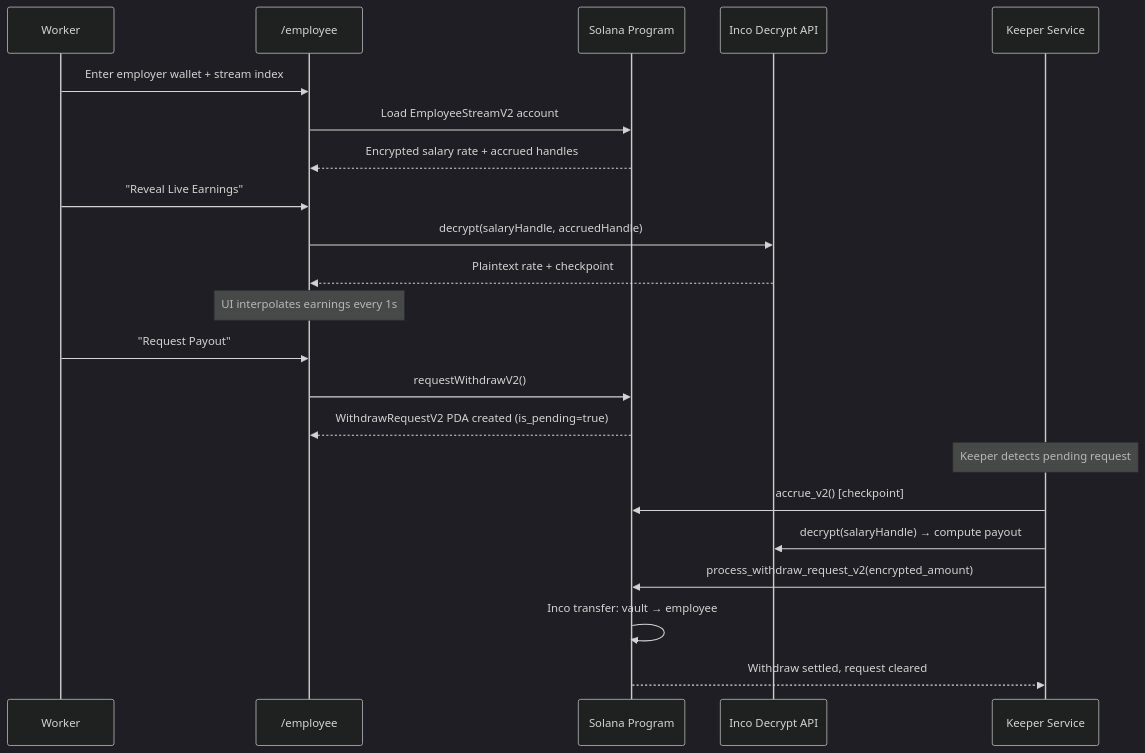
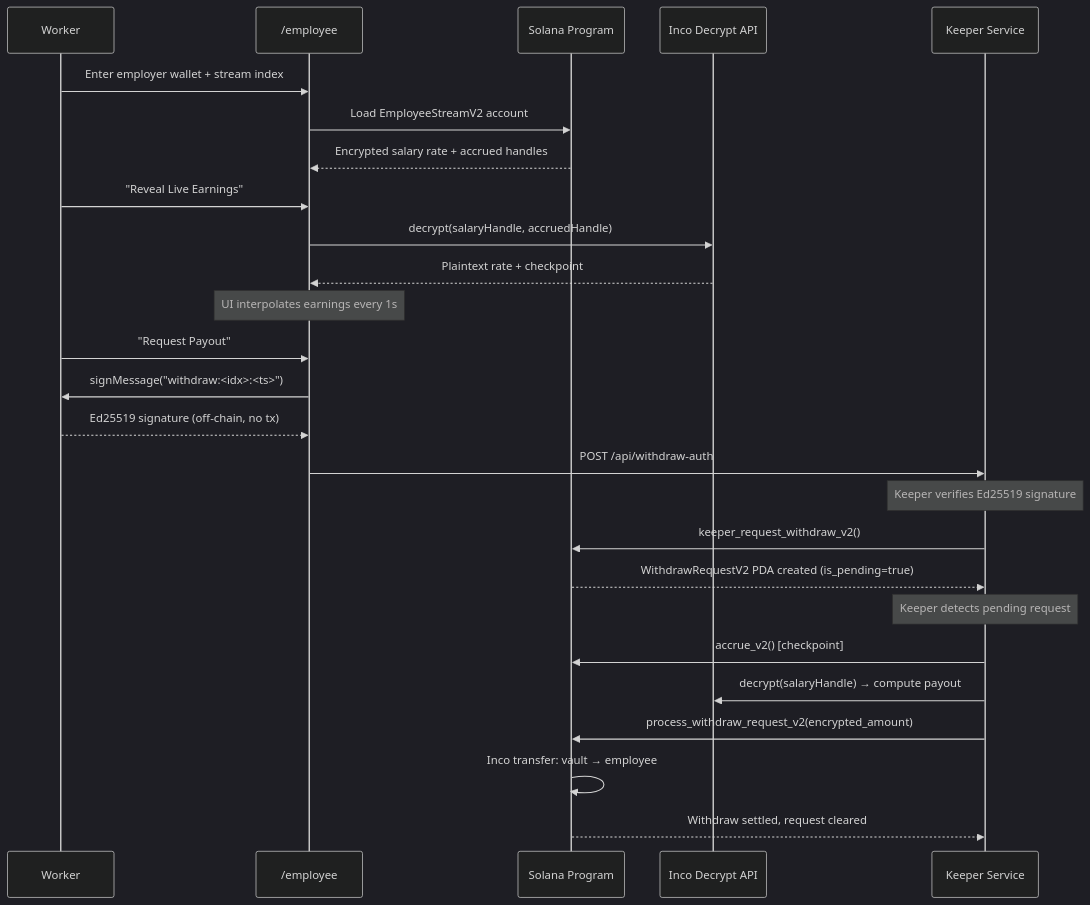
The third of 9 diagrams in README.md (shumhn/Expensee), drawn with Mermaid (dark theme) before and after one commit. The commit also changed other lines of this file and 6 other files, not shown here.

````diff
--- a/README.md
+++ b/README.md
@@ -208,28 +209,32 @@
 ```mermaid
 sequenceDiagram
     participant W as Worker
     participant UI as /employee
     participant SC as Solana Program
     participant Inco as Inco Decrypt API
     participant K as Keeper Service
 
     W->>UI: Enter employer wallet + stream index
     UI->>SC: Load EmployeeStreamV2 account
     SC-->>UI: Encrypted salary rate + accrued handles
 
     W->>UI: "Reveal Live Earnings"
     UI->>Inco: decrypt(salaryHandle, accruedHandle)
     Inco-->>UI: Plaintext rate + checkpoint
     Note over UI: UI interpolates earnings every 1s
 
     W->>UI: "Request Payout"
-    UI->>SC: requestWithdrawV2()
-    SC-->>UI: WithdrawRequestV2 PDA created (is_pending=true)
+    UI->>W: signMessage("withdraw:<idx>:<ts>")
+    W-->>UI: Ed25519 signature (off-chain, no tx)
+    UI->>K: POST /api/withdraw-auth
+    Note over K: Keeper verifies Ed25519 signature
+    K->>SC: keeper_request_withdraw_v2()
+    SC-->>K: WithdrawRequestV2 PDA created (is_pending=true)
 
     Note over K: Keeper detects pending request
     K->>SC: accrue_v2() [checkpoint]
     K->>Inco: decrypt(salaryHandle) → compute payout
     K->>SC: process_withdraw_request_v2(encrypted_amount)
     SC->>SC: Inco transfer: vault → employee
     SC-->>K: Withdraw settled, request cleared
 ```
````
